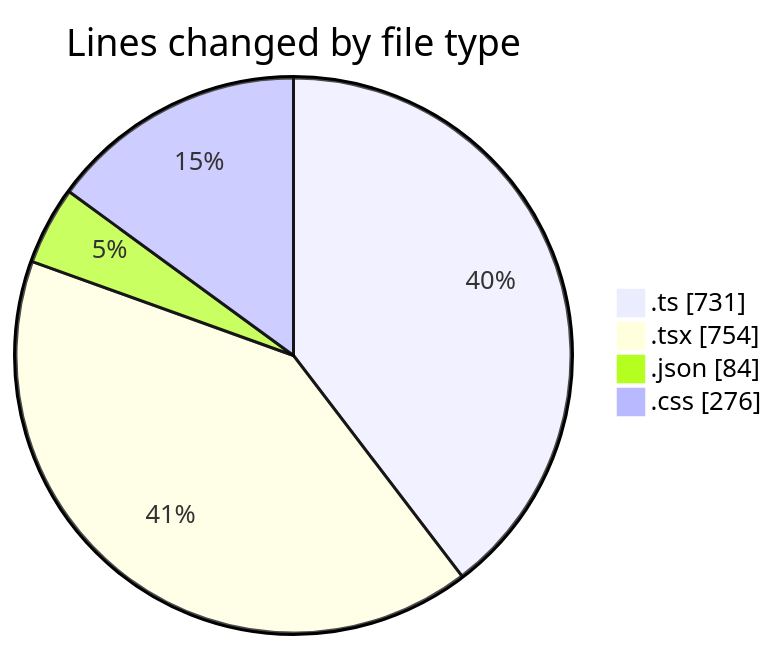
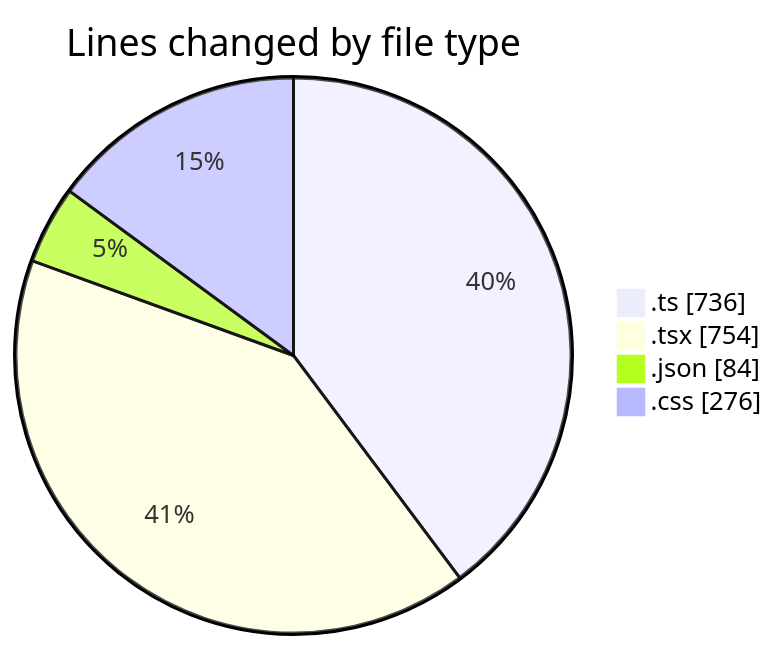
One commit to julien-gomy/code-tracking changed the first of 2 diagrams in 2025-11-24/eventscop-frontend-guide__workspace_/README.md. Above: the diagram before and after it, drawn with Mermaid. The commit also changed other lines of this file and 1 other file, not shown here.

````diff
--- a/2025-11-24/eventscop-frontend-guide__workspace_/README.md
+++ b/2025-11-24/eventscop-frontend-guide__workspace_/README.md
@@ -45,8 +45,8 @@
 ```mermaid
 pie showData
 title Lines changed by file type
-".ts" : 731
+".ts" : 736
 ".tsx" : 754
 ".json" : 84
 ".css" : 276
 ```
````
